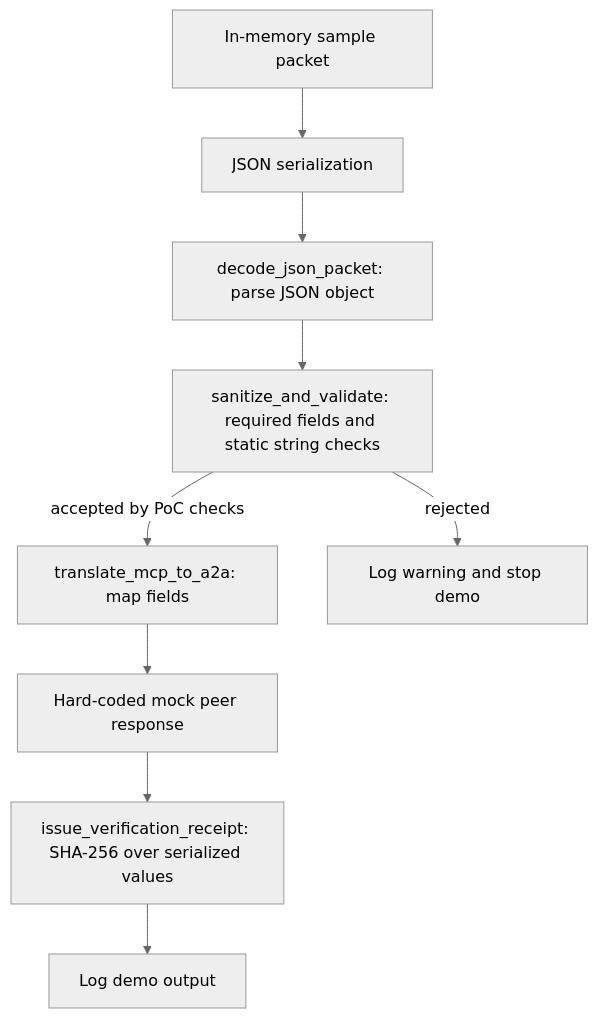
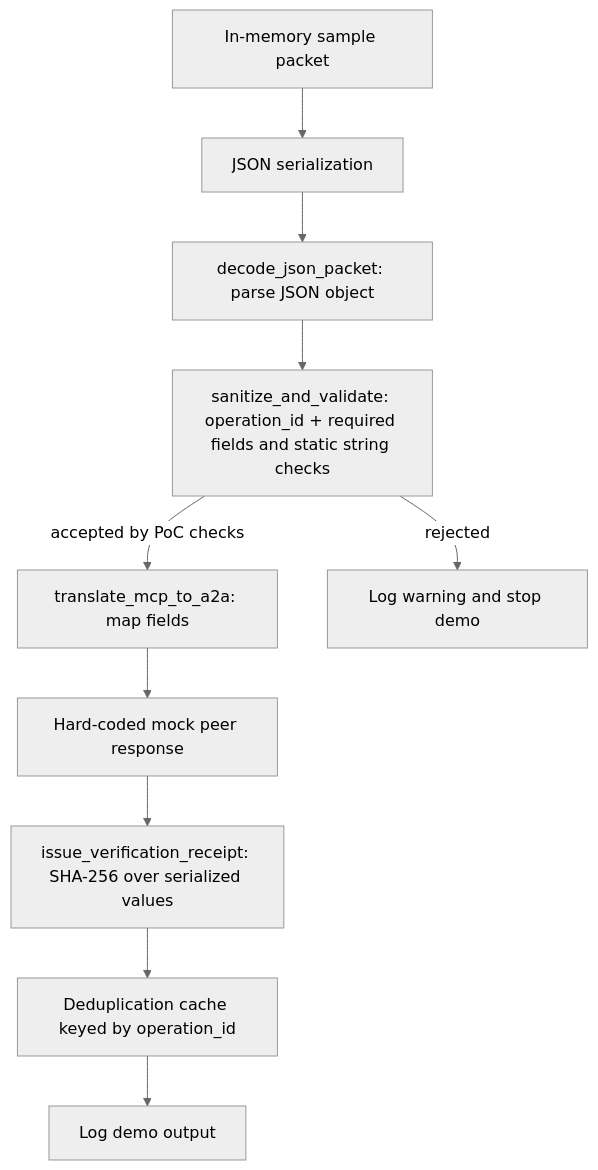
The diagram in ARCHITECTURE.md (nan-nexus-network/ai2ai-core), drawn with Mermaid (neutral theme) before and after one commit. The commit also changed other lines of this file and 10 other files, not shown here.

````diff
--- a/ARCHITECTURE.md
+++ b/ARCHITECTURE.md
@@ -9,11 +9,12 @@
 ```mermaid
 flowchart TD
     A[In-memory sample packet] --> B[JSON serialization]
     B --> C[decode_json_packet: parse JSON object]
-    C --> D[sanitize_and_validate: required fields and static string checks]
+    C --> D[sanitize_and_validate: operation_id + required fields and static string checks]
     D -->|accepted by PoC checks| E[translate_mcp_to_a2a: map fields]
     D -->|rejected| X[Log warning and stop demo]
     E --> F[Hard-coded mock peer response]
     F --> G[issue_verification_receipt: SHA-256 over serialized values]
-    G --> H[Log demo output]
+    G --> H[Deduplication cache keyed by operation_id]
+    H --> I[Log demo output]
 ```
````
